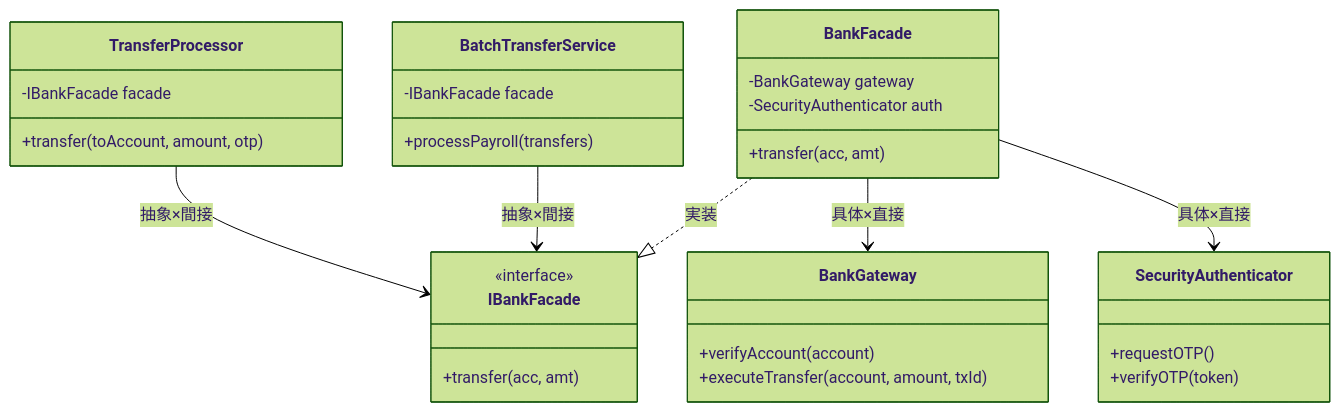
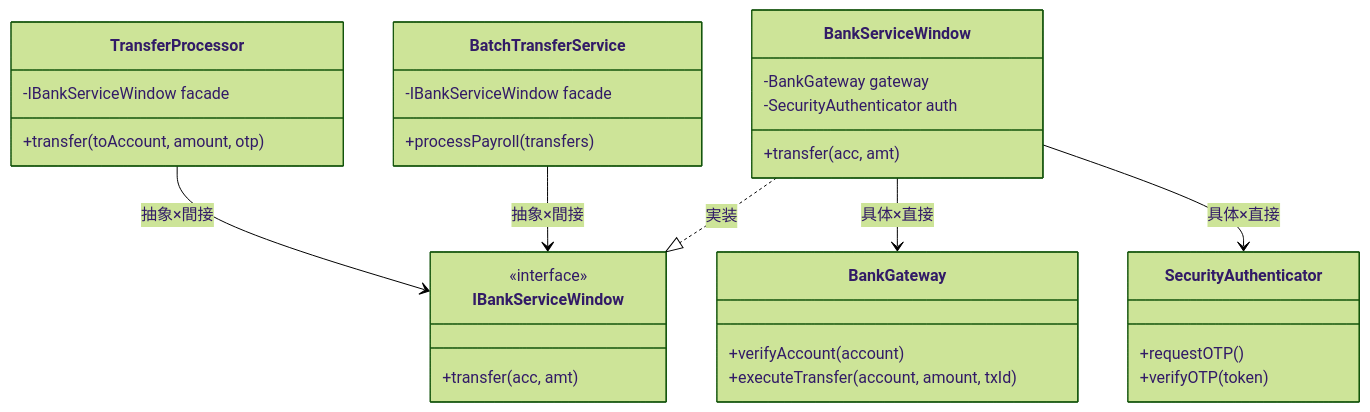
The tenth of 14 diagrams in kindle/design-patterns/output/chapter02.md (kumachan1101-pixel/DesignPattern), drawn with Mermaid (forest theme) before and after one commit. The commit also changed other lines of this file and 2 other files, not shown here.

````diff
--- a/kindle/design-patterns/output/chapter02.md
+++ b/kindle/design-patterns/output/chapter02.md
@@ -896,33 +896,33 @@
 ```mermaid
 classDiagram
-    class IBankFacade {
+    class IBankServiceWindow {
         <<interface>>
         +transfer(acc, amt)
     }
-    class BankFacade {
+    class BankServiceWindow {
         -BankGateway gateway
         -SecurityAuthenticator auth
         +transfer(acc, amt)
     }
     class TransferProcessor {
-        -IBankFacade facade
+        -IBankServiceWindow facade
         +transfer(toAccount, amount, otp)
     }
     class BatchTransferService {
-        -IBankFacade facade
+        -IBankServiceWindow facade
         +processPayroll(transfers)
     }
     class BankGateway {
         +verifyAccount(account)
         +executeTransfer(account, amount, txId)
     }
     class SecurityAuthenticator {
         +requestOTP()
         +verifyOTP(token)
     }
-    BankFacade ..|> IBankFacade : 実装
-    TransferProcessor --> IBankFacade : 抽象×間接
-    BatchTransferService --> IBankFacade : 抽象×間接
-    BankFacade --> BankGateway : 具体×直接
-    BankFacade --> SecurityAuthenticator : 具体×直接
+    BankServiceWindow ..|> IBankServiceWindow : 実装
+    TransferProcessor --> IBankServiceWindow : 抽象×間接
+    BatchTransferService --> IBankServiceWindow : 抽象×間接
+    BankServiceWindow --> BankGateway : 具体×直接
+    BankServiceWindow --> SecurityAuthenticator : 具体×直接
 ```
````
